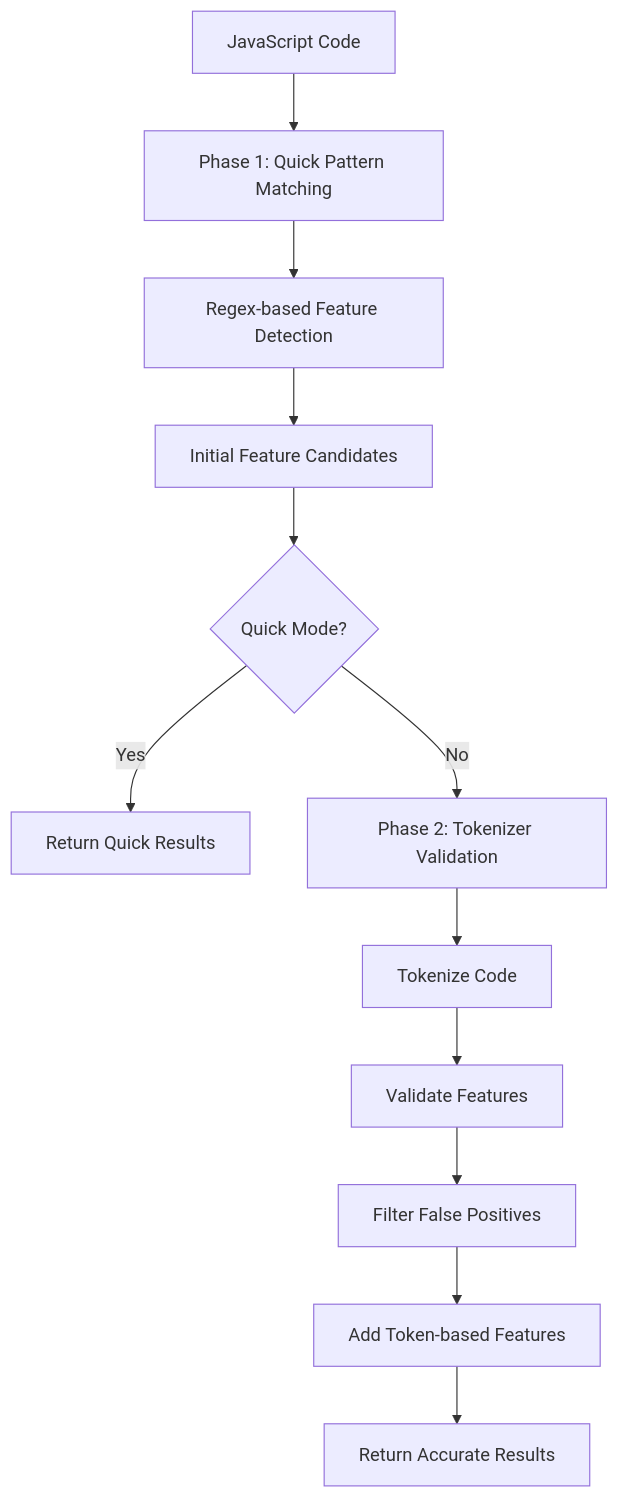
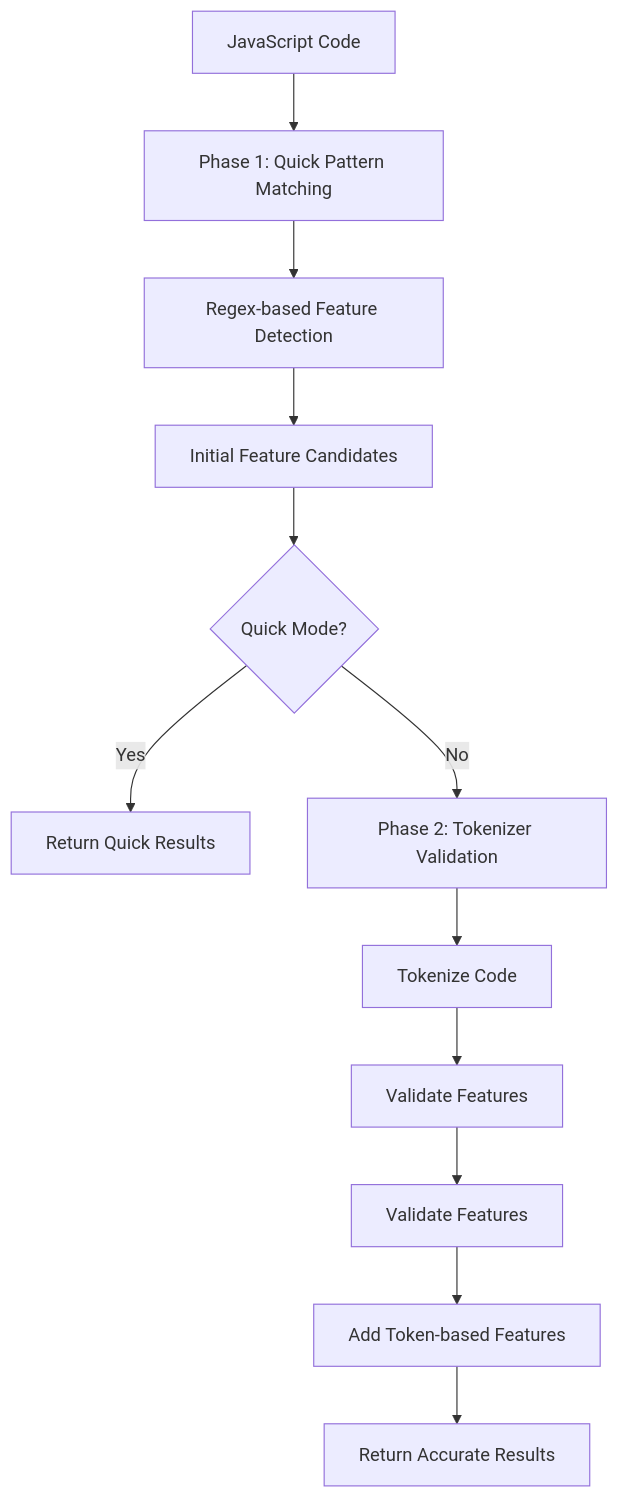
Before and after one commit to yowainwright/fast-brake: the first of 3 diagrams in site/src/content/docs/architecture.mdx, drawn with Mermaid. The commit also changed other lines of this file and 50 other files, not shown here.

````diff
--- a/site/src/content/docs/architecture.mdx
+++ b/site/src/content/docs/architecture.mdx
@@ -10,14 +10,14 @@
 ```mermaid
 graph TD
     A[JavaScript Code] --> B[Phase 1: Quick Pattern Matching]
     B --> C[Regex-based Feature Detection]
     C --> D[Initial Feature Candidates]
     D --> E{Quick Mode?}
     E -->|Yes| F[Return Quick Results]
     E -->|No| G[Phase 2: Tokenizer Validation]
     G --> H[Tokenize Code]
     H --> I[Validate Features]
-    I --> J[Filter False Positives]
+    I --> J[Validate Features]
     J --> K[Add Token-based Features]
     K --> L[Return Accurate Results]
 ```
````
